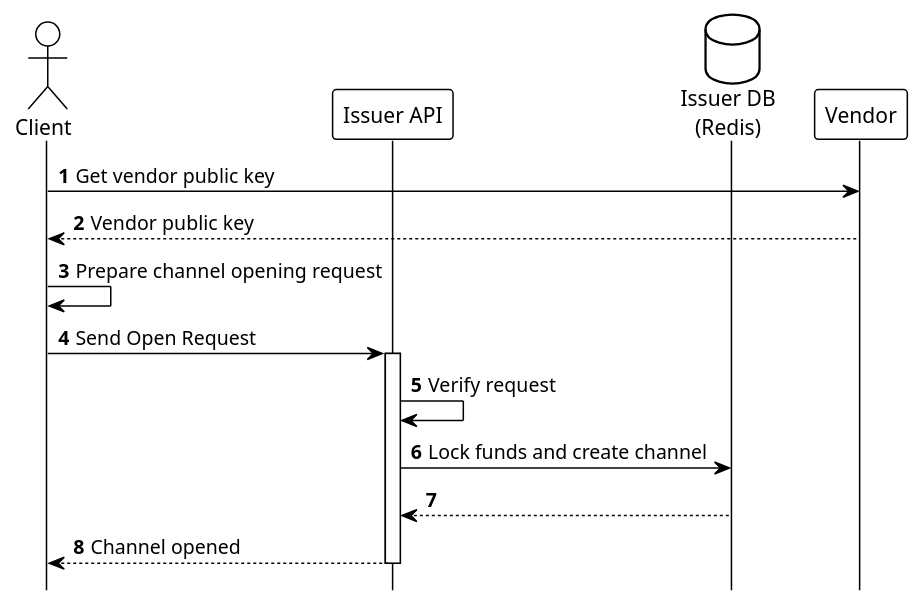
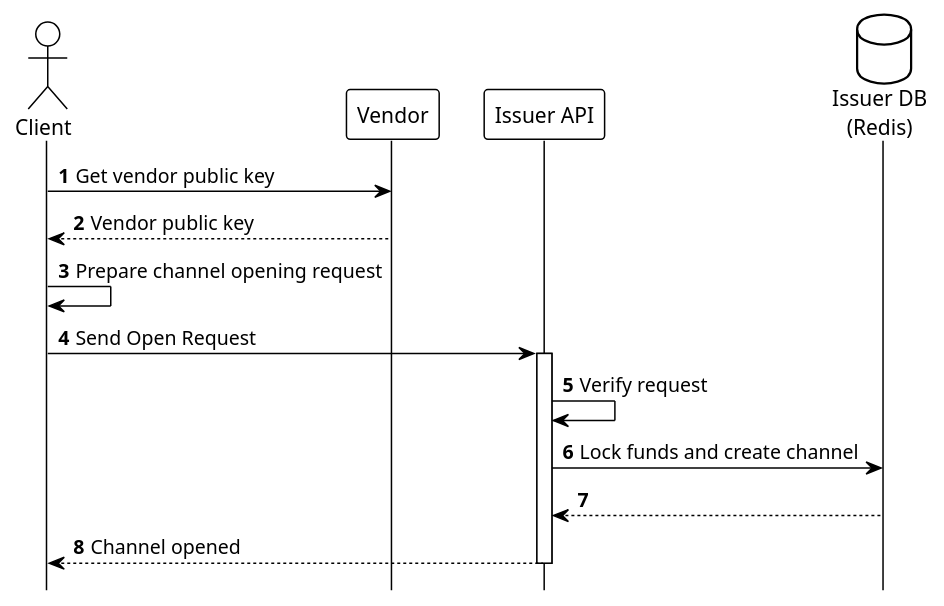
One commit to otaviootavio/nanomoni changed the diagram in umls/phase1b-channel-opening.puml. Above: the diagram before and after it, drawn with PlantUML. The commit also changed 2 other files, not shown here.

Commit message:
Enhance UML diagrams for improved clarity and accuracy

```diff
--- a/umls/phase1b-channel-opening.puml
+++ b/umls/phase1b-channel-opening.puml
@@ -1,26 +1,27 @@
 @startuml Phase1b_Channel_Opening
 
 !theme plain
 autonumber
 
 hide footbox
 
 actor "Client" as Client
+participant "Vendor" as Vendor
 participant "Issuer API" as Issuer
 database "Issuer DB\n(Redis)" as IssuerDB
 
 Client -> Vendor: Get vendor public key
 Vendor --> Client: Vendor public key
 Client -> Client: Prepare channel opening request
 
 Client -> Issuer: Send Open Request
 activate Issuer
 
 Issuer -> Issuer: Verify request
 Issuer -> IssuerDB: Lock funds and create channel
 IssuerDB --> Issuer: 
 
 Issuer --> Client: Channel opened
 deactivate Issuer
 
 @enduml
```
